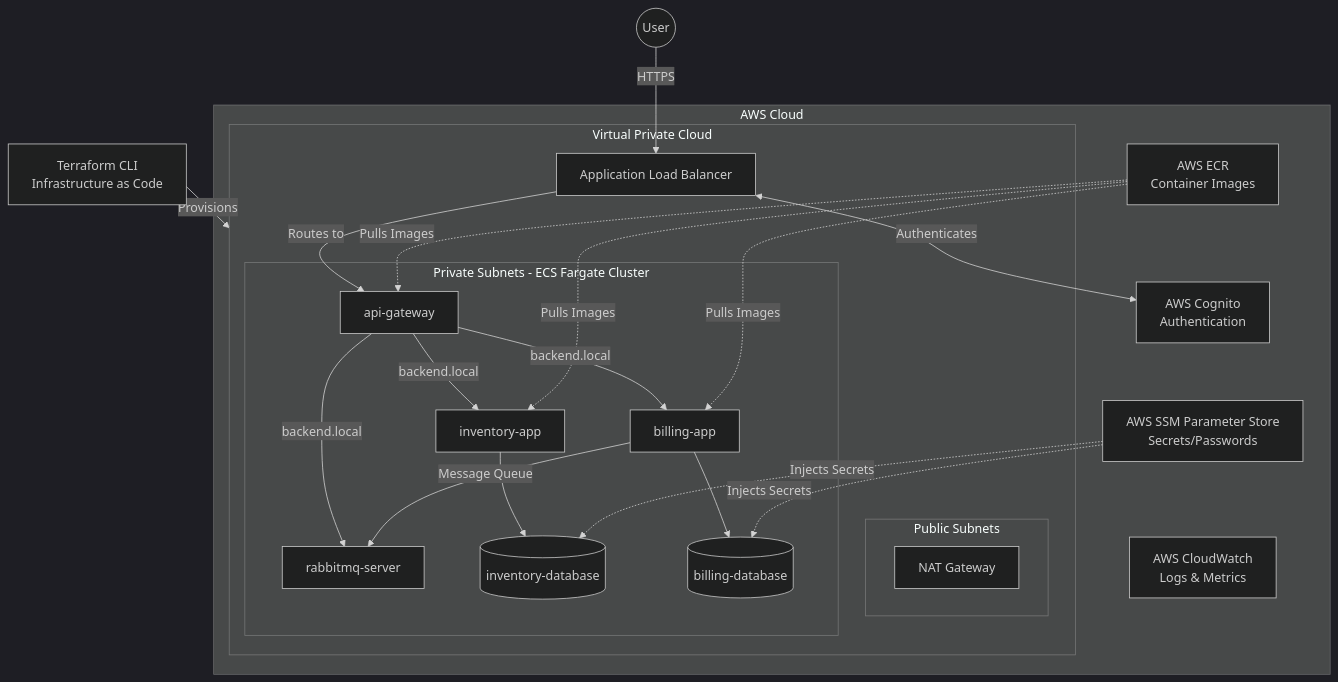
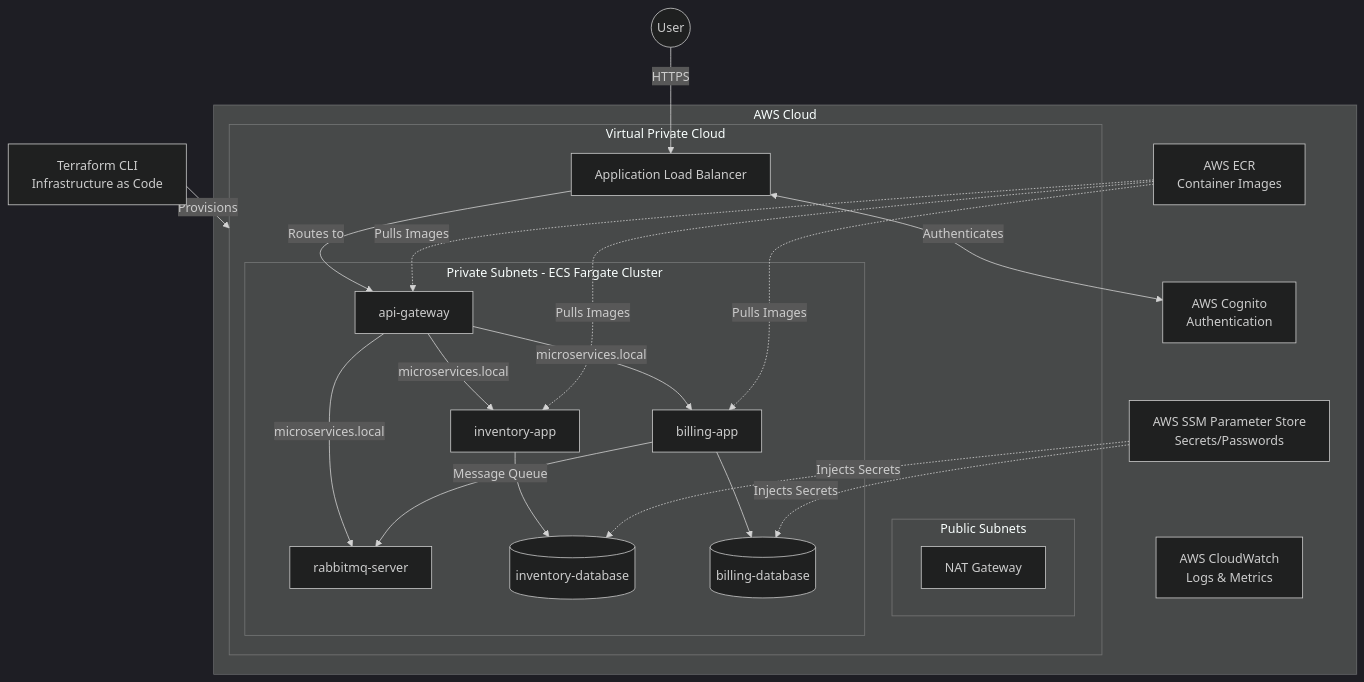
Before and after one commit to borsokman/code-keeper: the diagram in README.md, drawn with Mermaid (dark theme). The commit also changed other lines of this file and 28 other files, not shown here.

````diff
--- a/README.md
+++ b/README.md
@@ -19,54 +19,54 @@
 ```mermaid
 graph TD
     Client((User))
     TF[Terraform CLI<br>Infrastructure as Code]
 
     subgraph AWS_Cloud [AWS Cloud]
         Cognito[AWS Cognito<br>Authentication]
         ECR[AWS ECR<br>Container Images]
         SSM[AWS SSM Parameter Store<br>Secrets/Passwords]
         CloudWatch[AWS CloudWatch<br>Logs & Metrics]
 
         subgraph VPC [Virtual Private Cloud]
             ALB[Application Load Balancer]
 
             subgraph Public_Subnets [Public Subnets]
                 NAT[NAT Gateway]
             end
 
             subgraph Private_Subnets [Private Subnets - ECS Fargate Cluster]
                 API[api-gateway]
                 InvApp[inventory-app]
                 BillApp[billing-app]
                 Rabbit[rabbitmq-server]
                 InvDB[(inventory-database)]
                 BillDB[(billing-database)]
             end
         end
     end
 
     %% Traffic Flow
     Client -->|HTTPS| ALB
     ALB <-->|Authenticates| Cognito
     ALB -->|Routes to| API
 
     %% Internal Service Discovery
-    API -->|backend.local| InvApp
-    API -->|backend.local| BillApp
-    API -->|backend.local| Rabbit
+    API -->|microservices.local| InvApp
+    API -->|microservices.local| BillApp
+    API -->|microservices.local| Rabbit
     BillApp -->|Message Queue| Rabbit
 
     %% Database Connections
     InvApp --> InvDB
     BillApp --> BillDB
 
     %% Secrets & Images
     SSM -.->|Injects Secrets| InvDB
     SSM -.->|Injects Secrets| BillDB
     ECR -.->|Pulls Images| API
     ECR -.->|Pulls Images| InvApp
     ECR -.->|Pulls Images| BillApp
 
     %% Admin
     TF -->|Provisions| VPC
 ```
````
